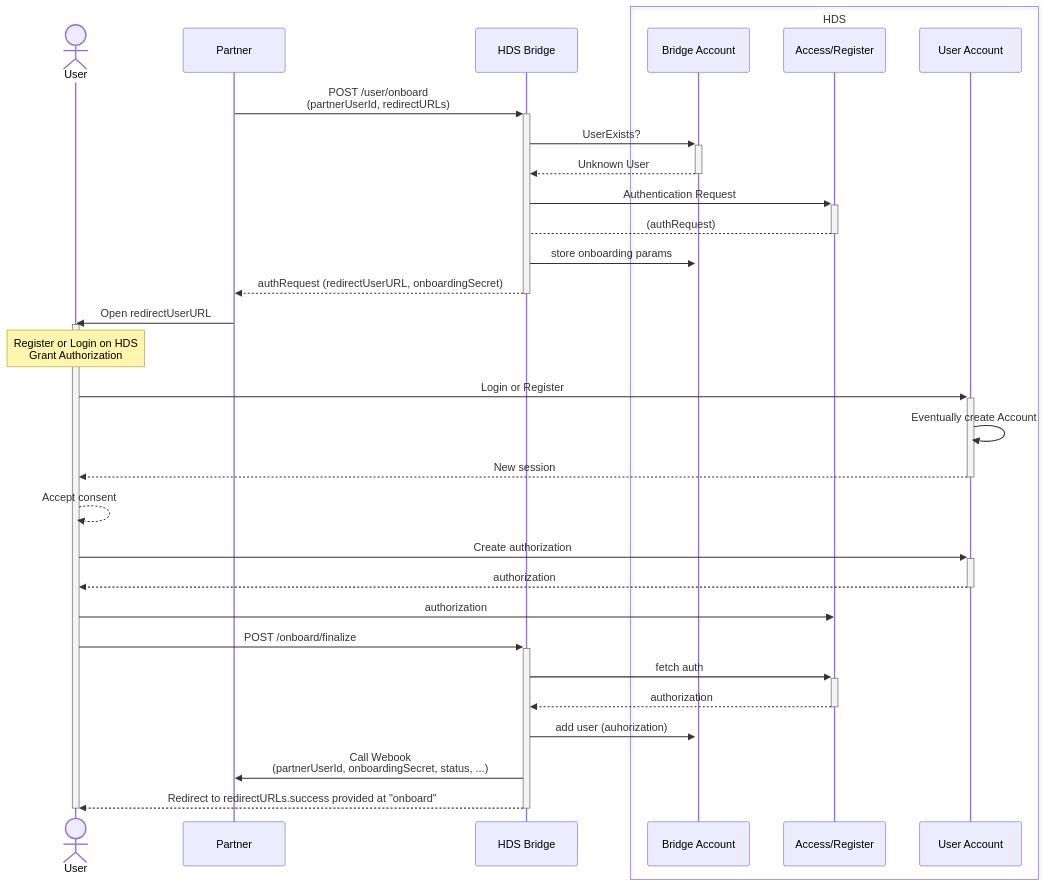
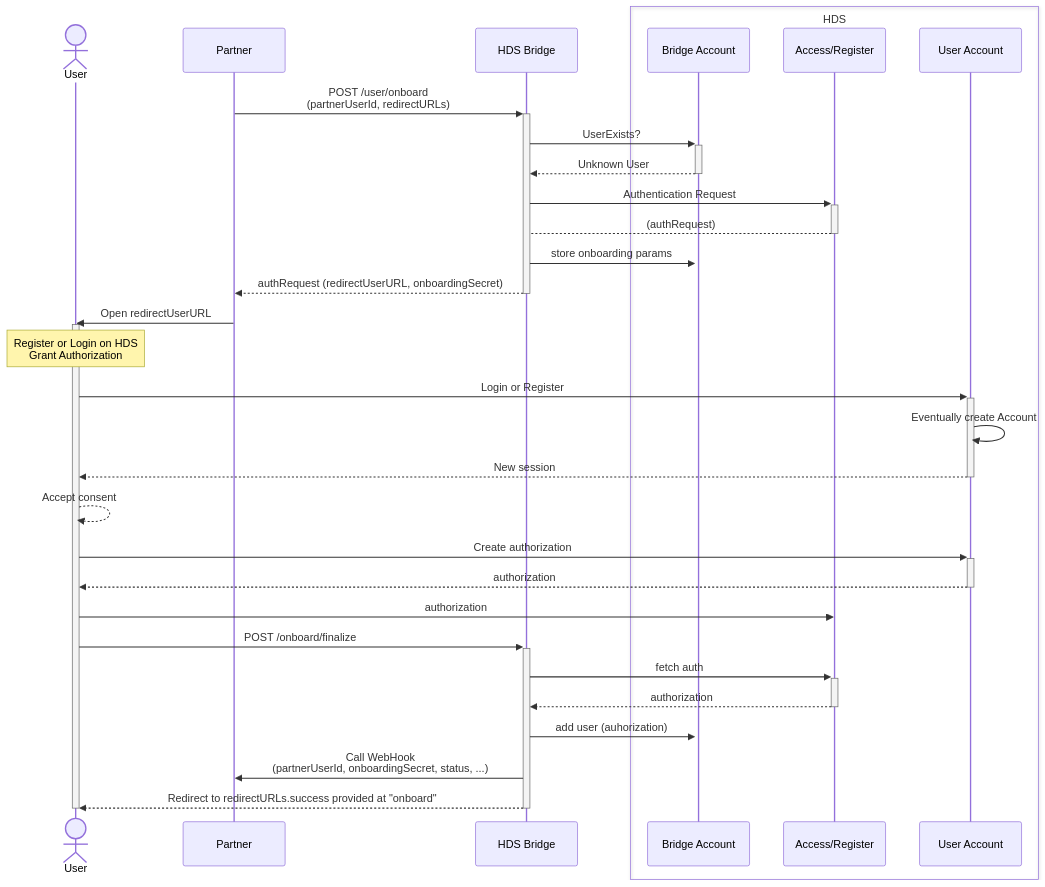
The diagram in doc/onboarding-flow-detail.md (healthdatasafe/bridge-hds), drawn with Mermaid before and after one commit. The commit also changed 1 other file, not shown here.

Commit message:
Fixing typo

````diff
--- a/doc/onboarding-flow-detail.md
+++ b/doc/onboarding-flow-detail.md
@@ -6,36 +6,36 @@
 ```mermaid
 sequenceDiagram
   actor U as User
   participant P as Partner
   participant B as HDS Bridge
   box HDS 
     participant HB as Bridge Account
     participant HA as Access/Register
     participant HU as User Account
   end
 
   P->>+B: POST /user/onboard<BR>(partnerUserId, redirectURLs)
   B->>+HB: UserExists?
   HB-->>-B: Unknown User
   B->>+HA:  Authentication Request
   HA-->-B: (authRequest)
   B->>+HB: store onboarding params
   B-->>-P: authRequest (redirectUserURL, onboardingSecret)
   P->>U: Open redirectUserURL
   activate U
   Note over U: Register or Login on HDS <br/> Grant Authorization
   U->>+HU: Login or Register
   HU->>HU:  Eventually create Account
   HU-->>-U: New session
   U-->>U: Accept consent
   U->>+HU: Create authorization
   HU-->>-U: authorization
   U->>HA: authorization
   U->>+B: POST /onboard/finalize 
   B->>+HA: fetch auth
   HA-->>-B: authorization
   B->>HB: add user (auhorization)
-  B->>P: Call Webook<BR>(partnerUserId, onboardingSecret, status, ...) 
+  B->>P: Call WebHook<BR>(partnerUserId, onboardingSecret, status, ...) 
   B-->>-U: Redirect to redirectURLs.success provided at "onboard"
   deactivate U 
 ```
````
